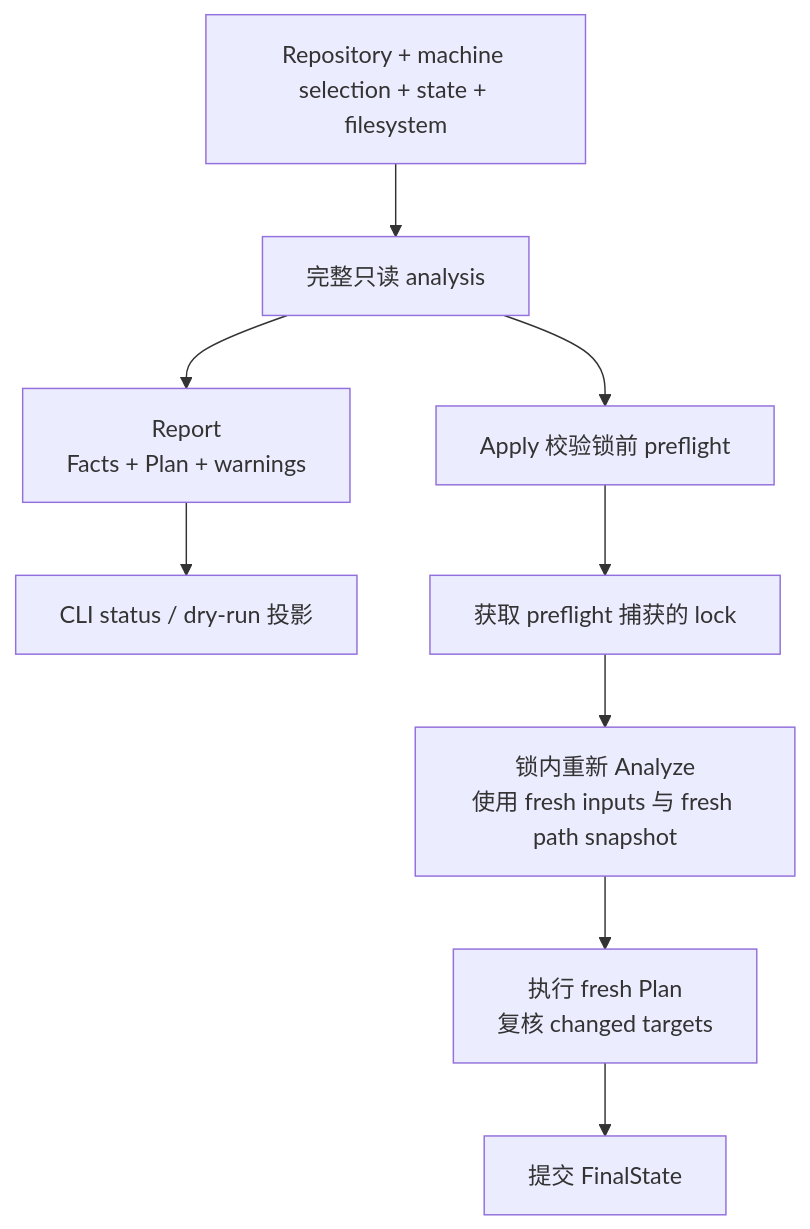
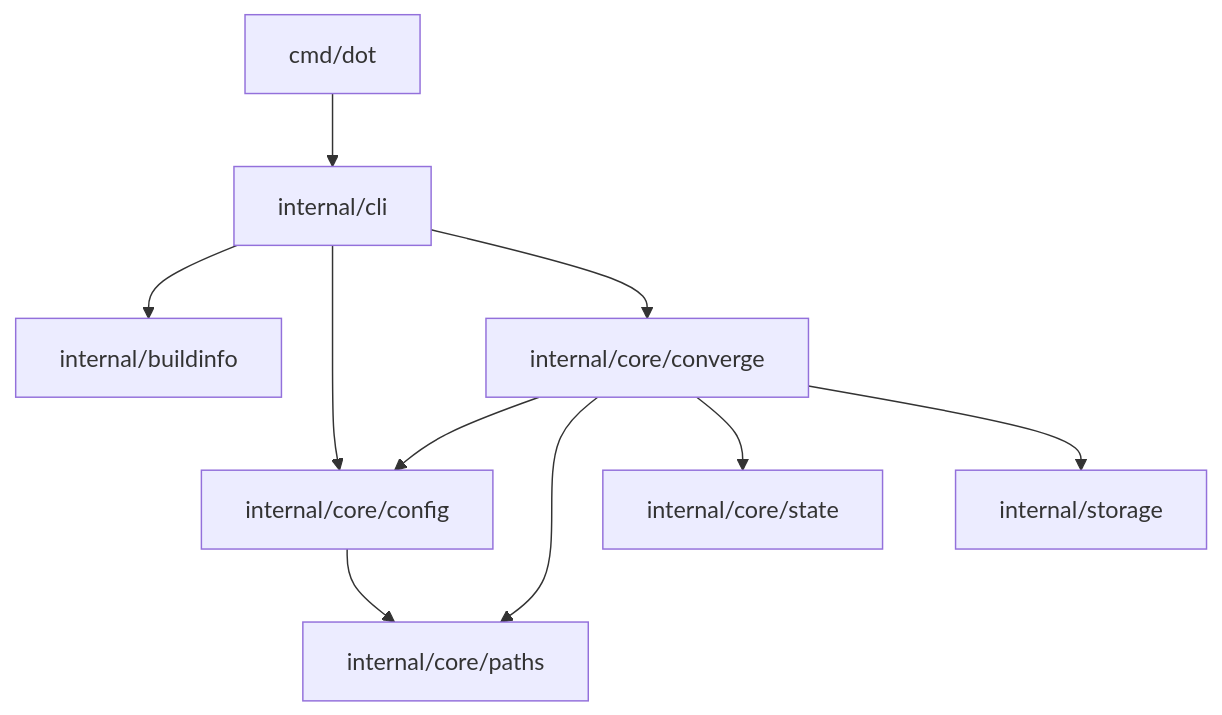
The diagram in docs/architecture/overview.md (mianm12/dotfiles), drawn with Mermaid before and after one commit. The commit also changed other lines of this file and 17 other files, not shown here.

Commit message:
refactor(architecture): finalize convergence v4 boundaries

````diff
--- a/docs/architecture/overview.md
+++ b/docs/architecture/overview.md
@@ -10,15 +26,12 @@
 ```mermaid
 flowchart TD
-    I["Repository + machine selection + state + filesystem"]
-    A["完整只读 analysis"]
-    R["Report\nFacts + Plan + warnings"]
-    O["CLI status / dry-run 投影"]
-    P["Apply 校验锁前 preflight"]
-    L["获取 preflight 捕获的 lock"]
-    F["锁内重新 Analyze\n使用 fresh inputs 与 fresh path snapshot"]
-    X["执行 fresh Plan\n复核 changed targets"]
-    C["提交 FinalState"]
-
-    I --> A --> R --> O
-    A --> P --> L --> F --> X --> C
+    CMD["cmd/dot"] --> CLI["internal/cli"]
+    CLI --> BUILD["internal/buildinfo"]
+    CLI --> CONFIG["internal/core/config"]
+    CLI --> CONVERGE["internal/core/converge"]
+    CONVERGE --> CONFIG
+    CONVERGE --> PATHS["internal/core/paths"]
+    CONVERGE --> STATE["internal/core/state"]
+    CONVERGE --> STORAGE["internal/storage"]
+    CONFIG --> PATHS
 ```
````
